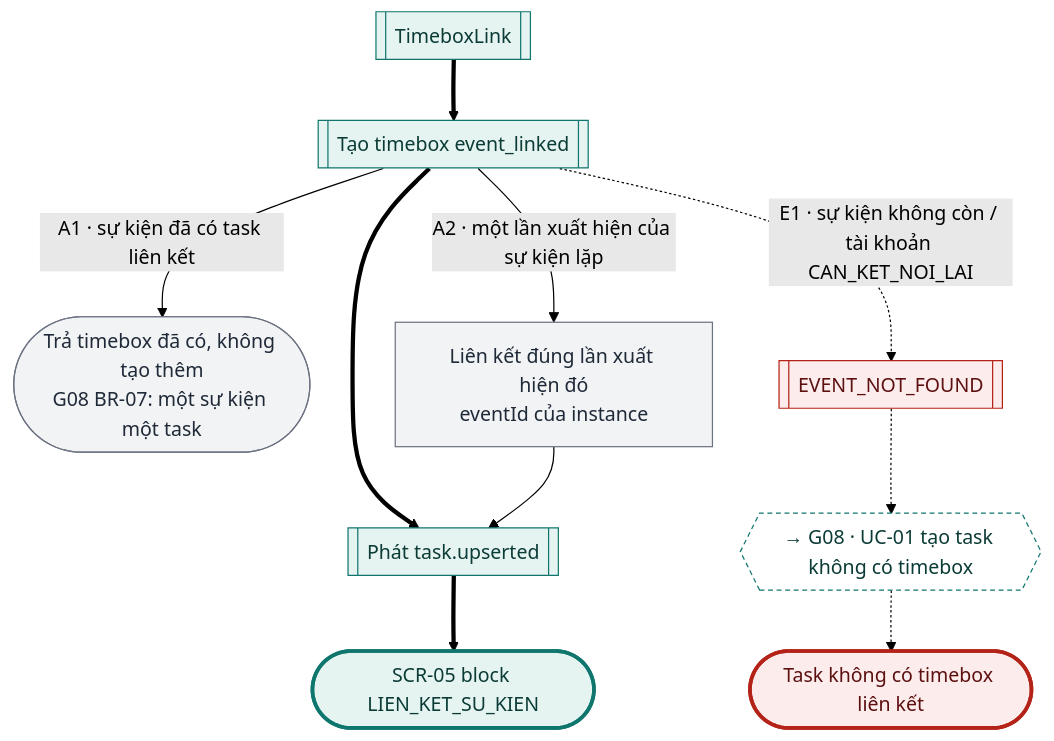
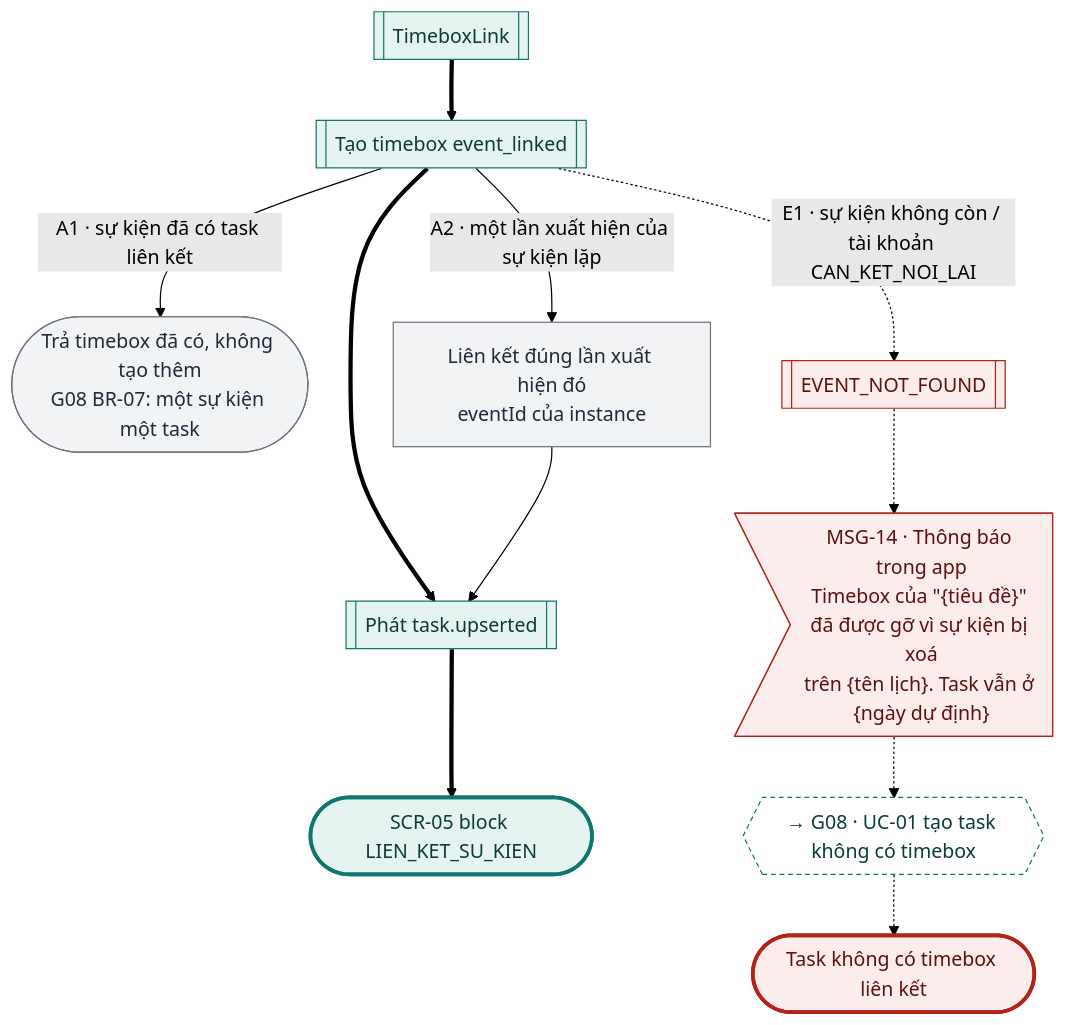
Before and after one commit to tannguyenho/personal-app: diagram 22 of 22 in docs/design-brief/flow/g05-lich-timebox.md, drawn with Mermaid (forest theme). The commit also changed other lines of this file and 7 other files, not shown here.

First line of the commit message:
docs(G05, G07): áp quyết định PO 09/11 vào SRS, PRD, flow; QC-10, IA khay

````diff
--- a/docs/design-brief/flow/g05-lich-timebox.md
+++ b/docs/design-brief/flow/g05-lich-timebox.md
@@ -962,31 +1005,32 @@
 ```mermaid
 flowchart TD
   p1[["TimeboxLink"]]
   p2[["Tạo timebox event_linked"]]
   p3[["Phát task.upserted"]]
   ok(["SCR-05 block LIEN_KET_SU_KIEN"])
   p1 ==> p2 ==> p3 ==> ok
 
   p2 -->|"A1 · sự kiện đã có task liên kết"| a1(["Trả timebox đã có, không tạo thêm<br/>G08 BR-07: một sự kiện một task"])
   p2 -->|"A2 · một lần xuất hiện của sự kiện lặp"| a2["Liên kết đúng lần xuất hiện đó<br/>eventId của instance"]
   a2 --> p3
   p2 -.->|"E1 · sự kiện không còn / tài khoản CAN_KET_NOI_LAI"| e1[["EVENT_NOT_FOUND"]]
-  e1 -.-> e1x{{"→ G08 · UC-01 tạo task không có timebox"}}
+  e1 -.-> e1m>"MSG-14 · Thông báo trong app<br/>Timebox của #quot;{tiêu đề}#quot; đã được gỡ vì sự kiện bị xoá<br/>trên {tên lịch}. Task vẫn ở {ngày dự định}"]
+  e1m -.-> e1x{{"→ G08 · UC-01 tạo task không có timebox"}}
   e1x -.-> fail(["Task không có timebox liên kết"])
 
   class p1,p2,p3 happy
   class a1,a2 alt
-  class e1 err
+  class e1,e1m err
   class e1x link
   class ok done
   class fail fail
   classDef happy fill:#E6F4F1,stroke:#0F766E,color:#0B3B36
   classDef alt fill:#F1F3F5,stroke:#6B7280,color:#1F2937
   classDef err fill:#FDECEC,stroke:#B42318,color:#5C1010
   classDef warn fill:#FEF4E2,stroke:#B45309,color:#4A2604
   classDef ai fill:#F1ECFD,stroke:#6D28D9,color:#2E1065
   classDef sync fill:#FFFFFF,stroke:#6B7280,stroke-dasharray:4 3,color:#1F2937
   classDef link fill:#FFFFFF,stroke:#0F766E,stroke-dasharray:4 3,color:#0B3B36
   classDef done fill:#E6F4F1,stroke:#0F766E,stroke-width:3px,color:#0B3B36
   classDef fail fill:#FDECEC,stroke:#B42318,stroke-width:3px,color:#5C1010
 ```
````
